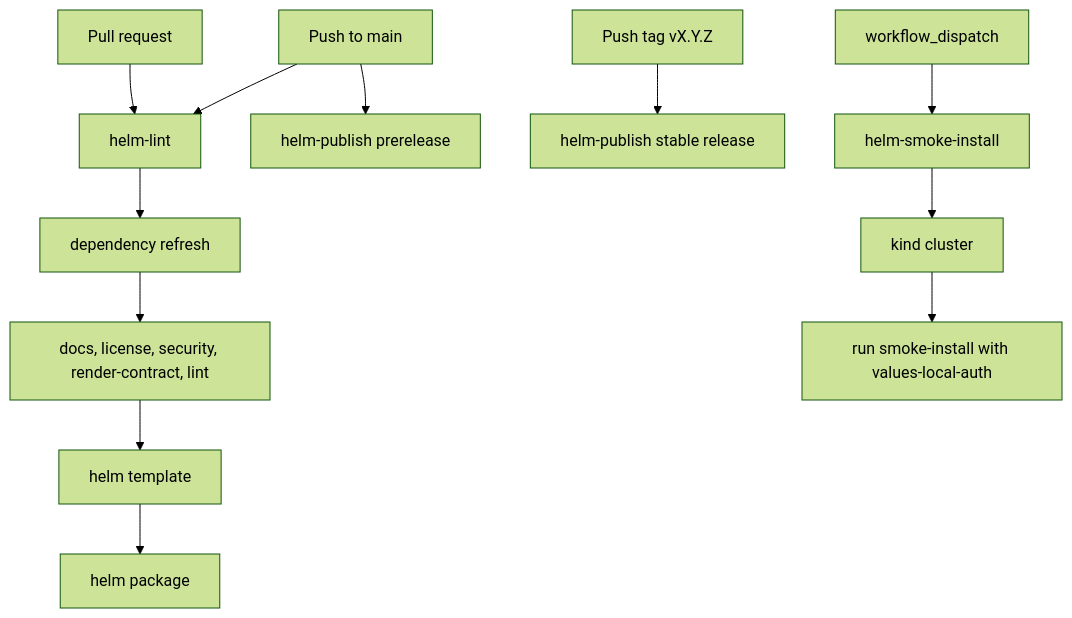
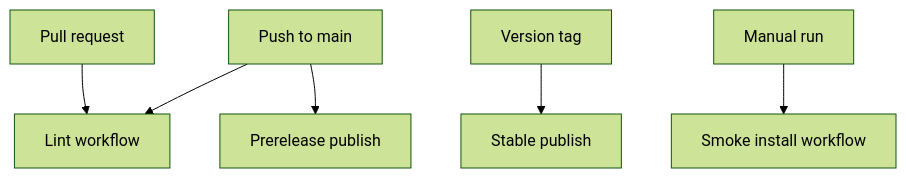
The diagram in .github/workflows/README.md (sanger-pathogens/dlh-in-a-box-umbrella-helm-chart), drawn with Mermaid (forest theme) before and after one commit. The commit also changed other lines of this file and 37 other files, not shown here.

````diff
--- a/.github/workflows/README.md
+++ b/.github/workflows/README.md
@@ -28,15 +17,8 @@
 ```mermaid
 flowchart TD
-  PR[Pull request] --> Lint[helm-lint]
+  PR[Pull request] --> Lint[Lint workflow]
   Main[Push to main] --> Lint
-  Main --> Publish[helm-publish prerelease]
-  Tag[Push tag vX.Y.Z] --> PublishStable[helm-publish stable release]
-  Manual[workflow_dispatch] --> Smoke[helm-smoke-install]
-
-  Lint --> Deps[dependency refresh]
-  Deps --> Checks[docs, license, security, render-contract, lint]
-  Checks --> Render[helm template]
-  Render --> Package[helm package]
-  Smoke --> Kind[kind cluster]
-  Kind --> LocalAuth[run smoke-install with values-local-auth]
+  Main --> Pre[Prerelease publish]
+  Tag[Version tag] --> Stable[Stable publish]
+  Manual[Manual run] --> Smoke[Smoke install workflow]
 ```
````
